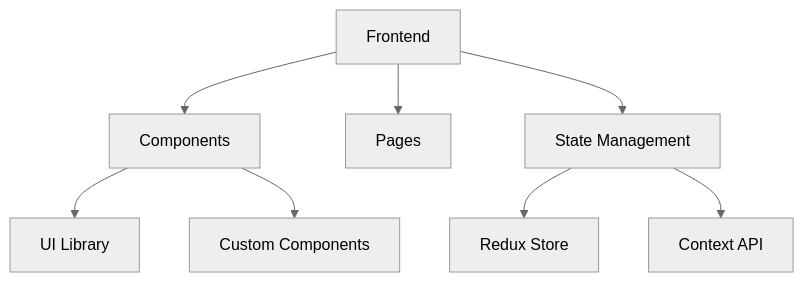
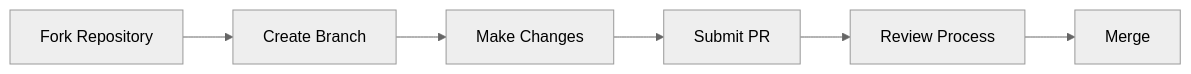
One commit to khngu/khngu.github.io changed the diagram in docs/onboarding.md. Above: the diagram before and after it, drawn with Mermaid (neutral theme). The commit also changed other lines of this file, not shown here.

````diff
--- a/docs/onboarding.md
+++ b/docs/onboarding.md
@@ -117,10 +86,8 @@
-      <div class="mermaid">
-      graph TD
-        A[Frontend] --> B[Components]
-        A --> C[Pages]
-        A --> D[State Management]
-        B --> E[UI Library]
-        B --> F[Custom Components]
-        D --> G[Redux Store]
-        D --> H[Context API]
-      </div>
+```mermaid
+graph LR
+    A[Fork Repository] --> B[Create Branch]
+    B --> C[Make Changes]
+    C --> D[Submit PR]
+    D --> E[Review Process]
+    E --> F[Merge]
+```
````
